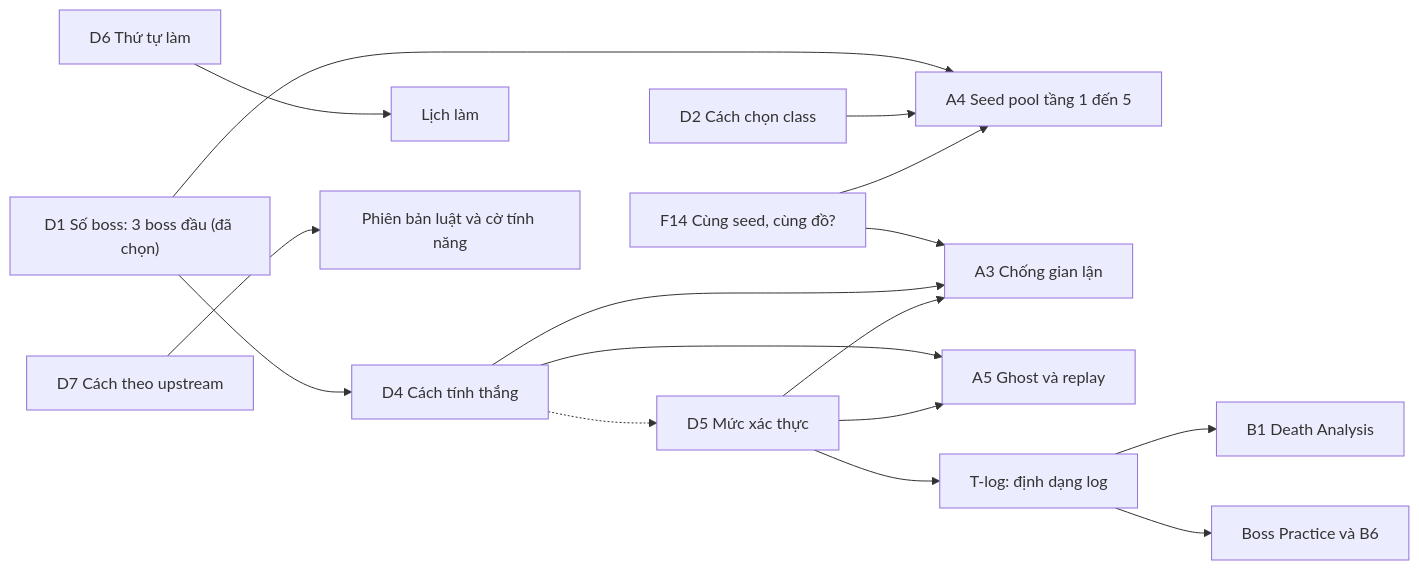
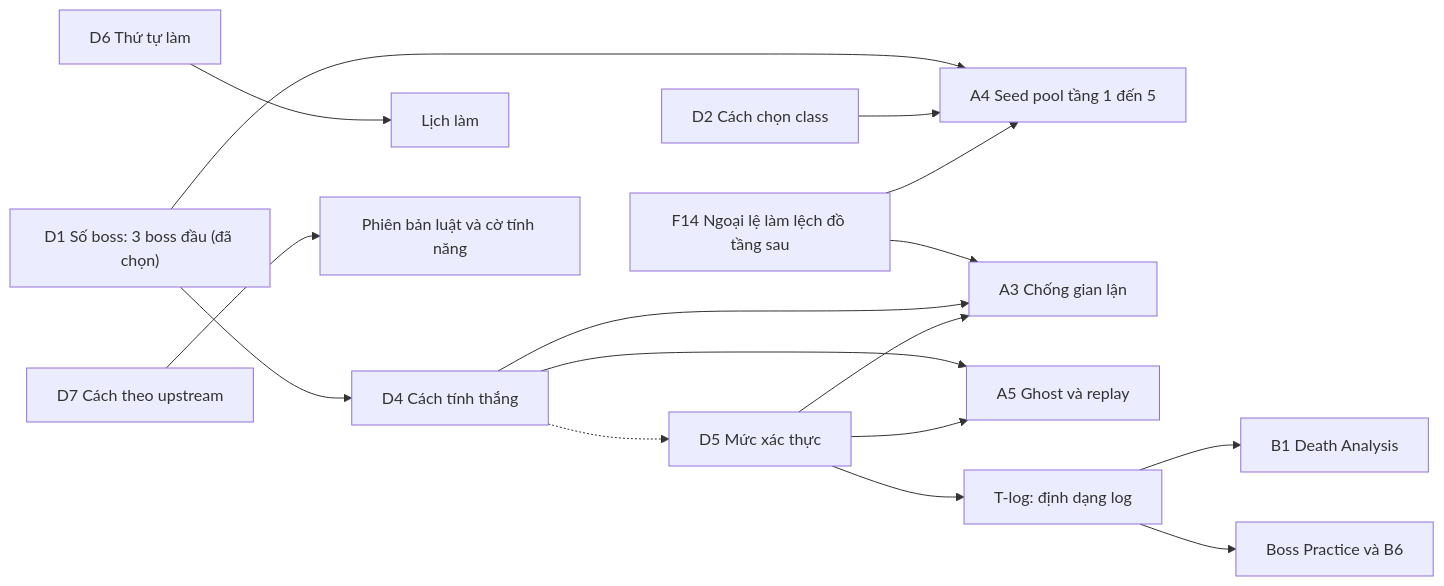
Before and after one commit to suanlong06/shattered-pixel-dungeon-ranked: the diagram in docs/DECISIONS.md, drawn with Mermaid. The commit also changed other lines of this file and 1 other file, not shown here.

First line of the commit message:
docs: sửa F14, loot quái và giẫm cỏ không đổi đồ có sẵn ở tầng sau

````diff
--- a/docs/DECISIONS.md
+++ b/docs/DECISIONS.md
@@ -44,18 +44,18 @@
 ```mermaid
 flowchart LR
   D1["D1 Số boss: 3 boss đầu (đã chọn)"] --> D4["D4 Cách tính thắng"]
   D1 --> A4["A4 Seed pool tầng 1 đến 5"]
   D2["D2 Cách chọn class"] --> A4
-  F14["F14 Cùng seed, cùng đồ?"] --> A4
+  F14["F14 Ngoại lệ làm lệch đồ tầng sau"] --> A4
   F14 --> A3["A3 Chống gian lận"]
   D4 --> A3
   D4 --> A5["A5 Ghost và replay"]
   D5["D5 Mức xác thực"] --> LOG["T-log: định dạng log"]
   D5 --> A3
   D5 --> A5
   D4 -.-> D5
   LOG --> B1["B1 Death Analysis"]
   LOG --> BP["Boss Practice và B6"]
   D6["D6 Thứ tự làm"] --> PLAN["Lịch làm"]
   D7["D7 Cách theo upstream"] --> VER["Phiên bản luật và cờ tính năng"]
 ```
````
